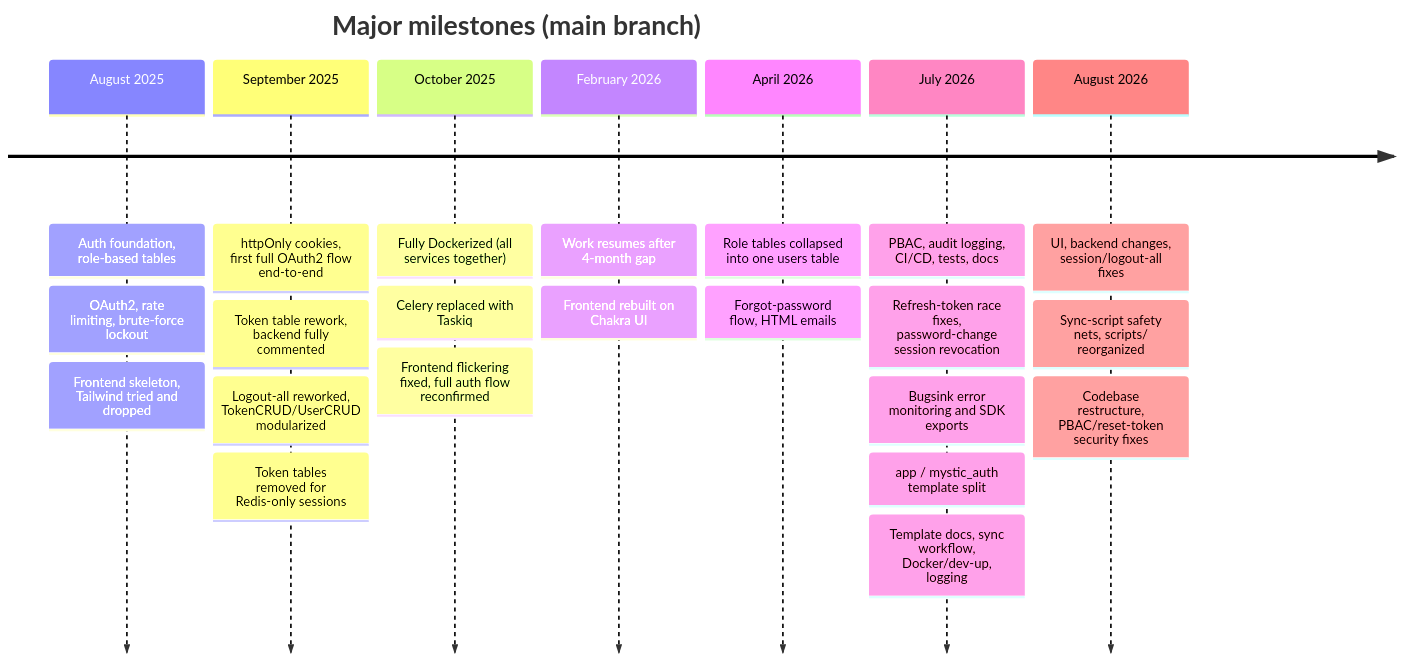
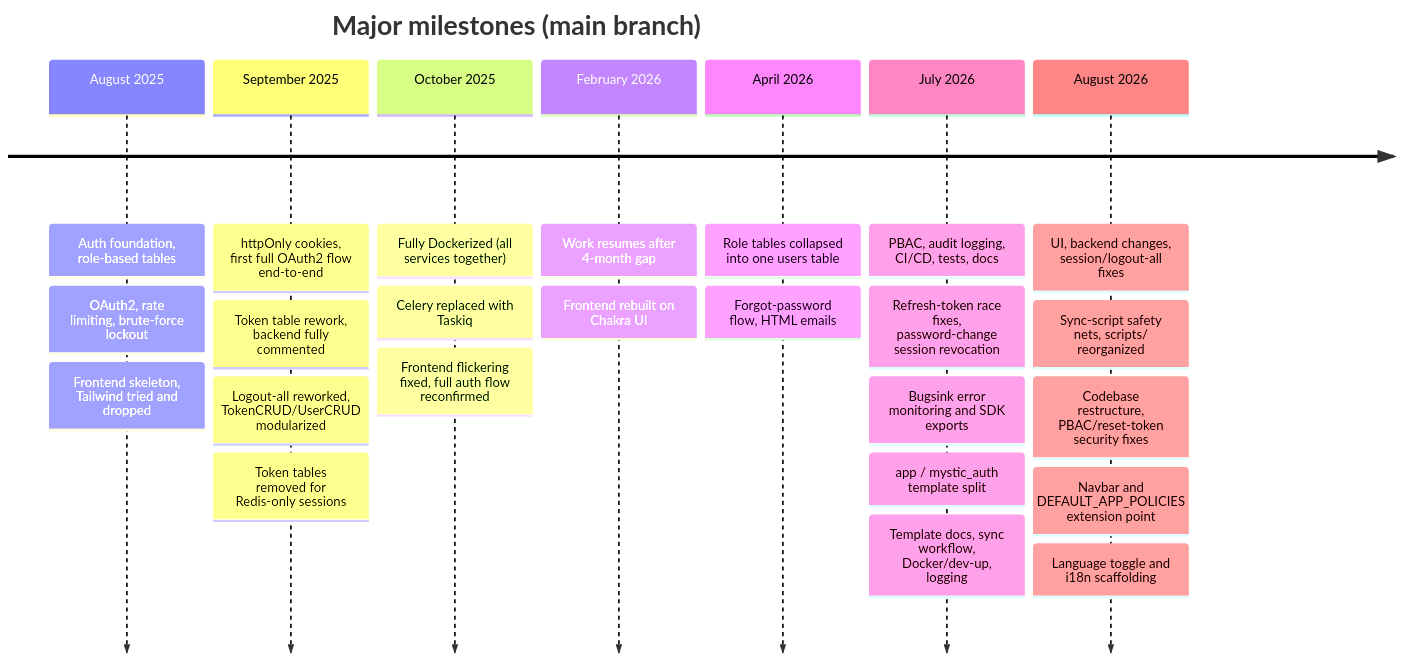
The diagram in docs/mystic_auth/project-story/README.md (Nachiket-2024/balance_sheet_analysis), drawn with Mermaid before and after one commit. The commit also changed other lines of this file and 268 other files, not shown here.

````diff
--- a/docs/mystic_auth/project-story/README.md
+++ b/docs/mystic_auth/project-story/README.md
@@ -37,26 +37,28 @@
 ```mermaid
 timeline
     title Major milestones (main branch)
     August 2025: Auth foundation, role-based tables
             : OAuth2, rate limiting, brute-force lockout
             : Frontend skeleton, Tailwind tried and dropped
     September 2025: httpOnly cookies, first full OAuth2 flow end-to-end
             : Token table rework, backend fully commented
             : Logout-all reworked, TokenCRUD/UserCRUD modularized
             : Token tables removed for Redis-only sessions
     October 2025: Fully Dockerized (all services together)
             : Celery replaced with Taskiq
             : Frontend flickering fixed, full auth flow reconfirmed
     February 2026: Work resumes after 4-month gap
             : Frontend rebuilt on Chakra UI
     April 2026: Role tables collapsed into one users table
             : Forgot-password flow, HTML emails
     July 2026: PBAC, audit logging, CI/CD, tests, docs
             : Refresh-token race fixes, password-change session revocation
             : Bugsink error monitoring and SDK exports
             : app / mystic_auth template split
             : Template docs, sync workflow, Docker/dev-up, logging
     August 2026: UI, backend changes, session/logout-all fixes
             : Sync-script safety nets, scripts/ reorganized
             : Codebase restructure, PBAC/reset-token security fixes
+            : Navbar and DEFAULT_APP_POLICIES extension point
+            : Language toggle and i18n scaffolding
 ```
````
